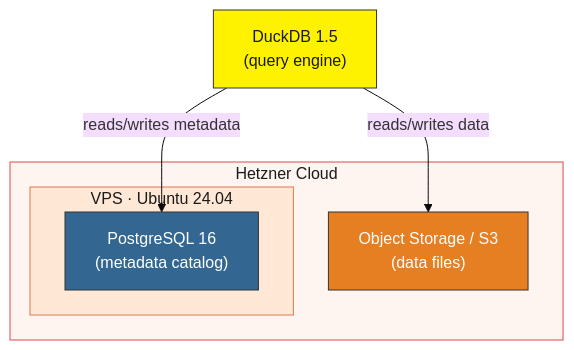
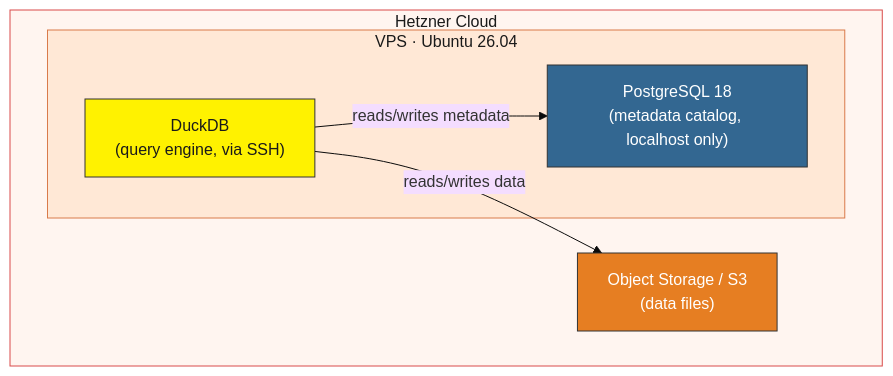
Before and after one commit to kamleon-dev/data-ducklake-hetzner: the diagram in README.md, drawn with Mermaid (base theme). The commit also changed other lines of this file and 3 other files, not shown here.

First line of the commit message:
Fix DuckDB/Postgres connection model: run DuckDB server-side over SSH

````diff
--- a/README.md
+++ b/README.md
@@ -21,20 +21,19 @@
 ```mermaid
 graph TB
-    DuckDB["DuckDB 1.5<br/>(query engine)"]
-
     subgraph hetzner["Hetzner Cloud"]
-        subgraph vps["VPS · Ubuntu 24.04"]
-            PG["PostgreSQL 16<br/>(metadata catalog)"]
+        subgraph vps["VPS · Ubuntu 26.04"]
+            DuckDB["DuckDB<br/>(query engine, via SSH)"]
+            PG["PostgreSQL 18<br/>(metadata catalog, localhost only)"]
         end
         S3["Object Storage / S3<br/>(data files)"]
     end
 
     DuckDB -- "reads/writes metadata" --> PG
     DuckDB -- "reads/writes data" --> S3
 
     style hetzner fill:#fff5f0,stroke:#d94a4a,color:#1a1a1a
     style vps fill:#ffe8d6,stroke:#d97a4a,color:#1a1a1a
     style DuckDB fill:#fff200,stroke:#333,color:#1a1a1a
     style PG fill:#336791,stroke:#333,color:#fff
     style S3 fill:#e67e22,stroke:#333,color:#fff
 ```
````
